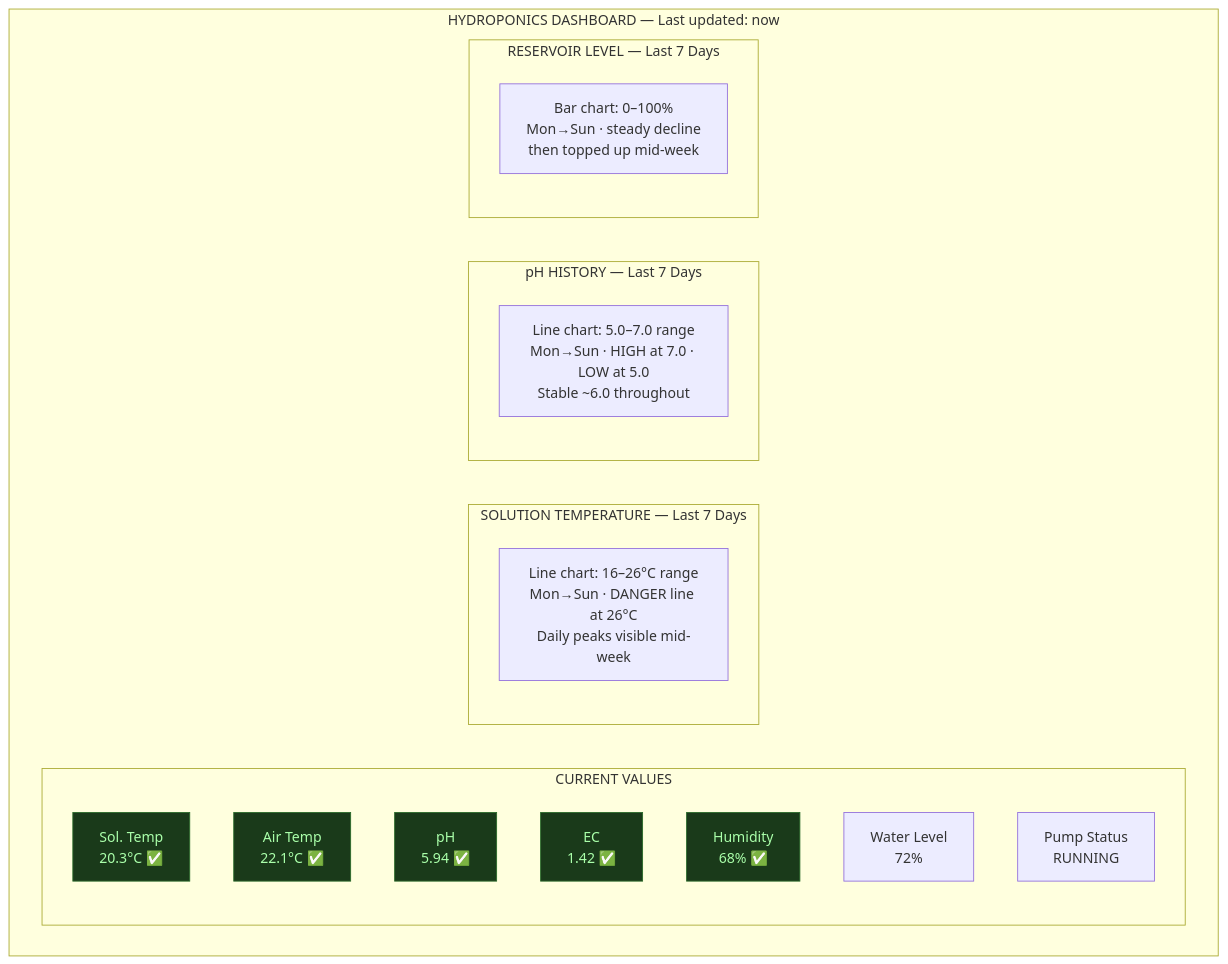
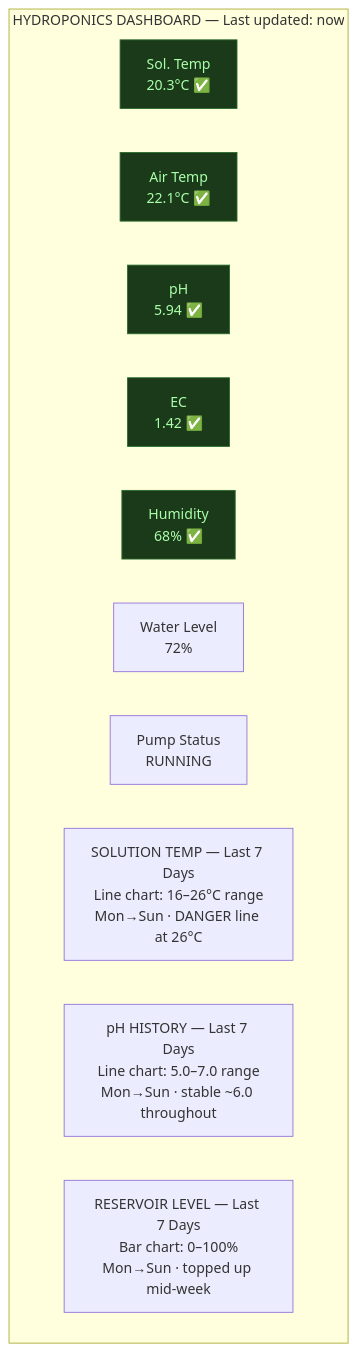
One commit to UncleJS/guide_hydroponics changed the sixth of 14 diagrams in guide/nft/13-automation.md. Above: the diagram before and after it, drawn with Mermaid. The commit also changed other lines of this file and 12 other files, not shown here.

````diff
--- a/guide/nft/13-automation.md
+++ b/guide/nft/13-automation.md
@@ -610,32 +610,21 @@
 ```mermaid
 flowchart TD
     subgraph dashboard["HYDROPONICS DASHBOARD — Last updated: now"]
-        subgraph current["CURRENT VALUES"]
-            ST["Sol. Temp<br/>20.3°C ✅"]
-            AT["Air Temp<br/>22.1°C ✅"]
-            PH["pH<br/>5.94 ✅"]
-            EC["EC<br/>1.42 ✅"]
-            HU["Humidity<br/>68% ✅"]
-            WL["Water Level<br/>72%"]
-            PS["Pump Status<br/>RUNNING"]
-        end
-
-        subgraph tempChart["SOLUTION TEMPERATURE — Last 7 Days"]
-            TC["Line chart: 16–26°C range<br/>Mon→Sun · DANGER line at 26°C<br/>Daily peaks visible mid-week"]
-        end
-
-        subgraph phChart["pH HISTORY — Last 7 Days"]
-            PC["Line chart: 5.0–7.0 range<br/>Mon→Sun · HIGH at 7.0 · LOW at 5.0<br/>Stable ~6.0 throughout"]
-        end
-
-        subgraph levelChart["RESERVOIR LEVEL — Last 7 Days"]
-            LC["Bar chart: 0–100%<br/>Mon→Sun · steady decline<br/>then topped up mid-week"]
-        end
+        ST["Sol. Temp<br/>20.3°C ✅"]
+        AT["Air Temp<br/>22.1°C ✅"]
+        PH["pH<br/>5.94 ✅"]
+        EC["EC<br/>1.42 ✅"]
+        HU["Humidity<br/>68% ✅"]
+        WL["Water Level<br/>72%"]
+        PS["Pump Status<br/>RUNNING"]
+        TC["SOLUTION TEMP — Last 7 Days<br/>Line chart: 16–26°C range<br/>Mon→Sun · DANGER line at 26°C"]
+        PC["pH HISTORY — Last 7 Days<br/>Line chart: 5.0–7.0 range<br/>Mon→Sun · stable ~6.0 throughout"]
+        LC["RESERVOIR LEVEL — Last 7 Days<br/>Bar chart: 0–100%<br/>Mon→Sun · topped up mid-week"]
     end
 
     style ST fill:#1a3a1a,stroke:#2a6a2a,color:#aaffaa
     style AT fill:#1a3a1a,stroke:#2a6a2a,color:#aaffaa
     style PH fill:#1a3a1a,stroke:#2a6a2a,color:#aaffaa
     style EC fill:#1a3a1a,stroke:#2a6a2a,color:#aaffaa
     style HU fill:#1a3a1a,stroke:#2a6a2a,color:#aaffaa
 ```
````
